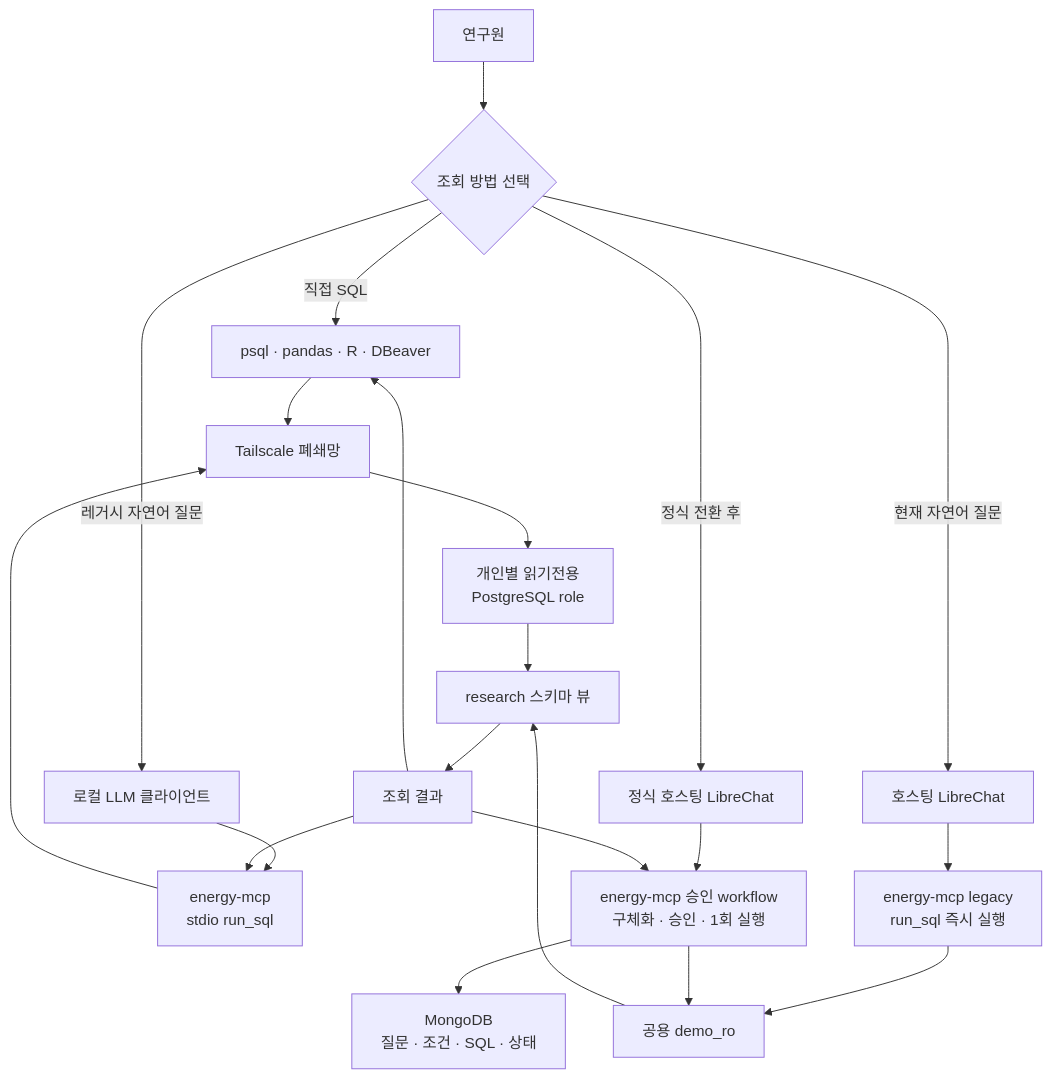
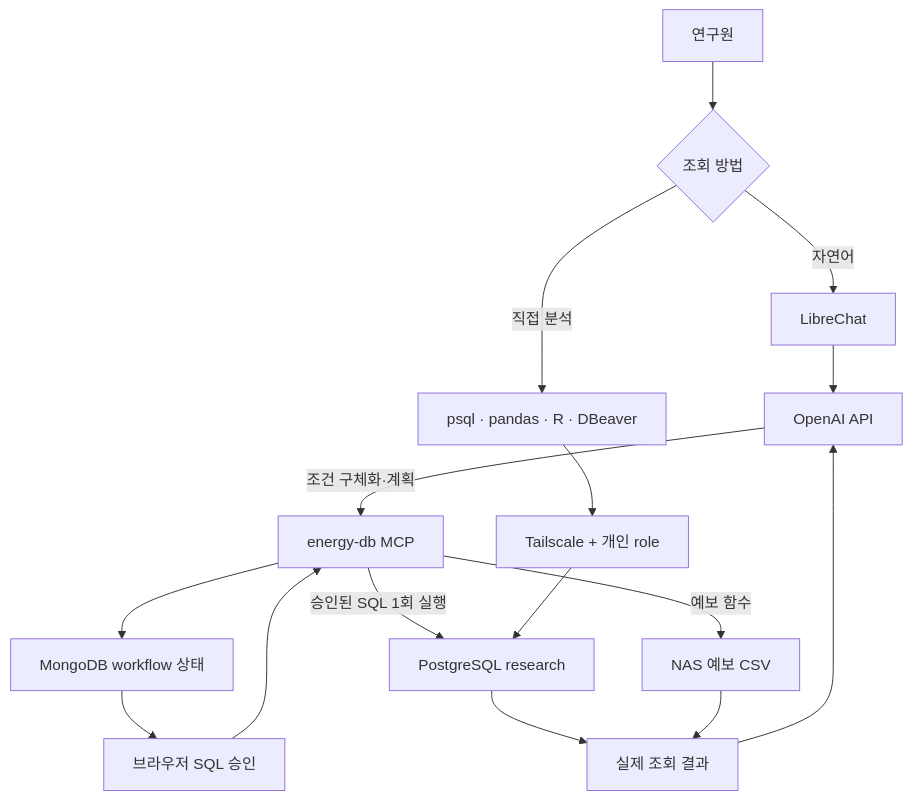
The diagram in docs/gitbook/01-architecture.md (zongseung/Energy-Data-pipeline), drawn with Mermaid before and after one commit. The commit also changed other lines of this file and 23 other files, not shown here.

Commit message:
Fix NAS forecast queries and activate LibreChat approval workflow

````diff
--- a/docs/gitbook/01-architecture.md
+++ b/docs/gitbook/01-architecture.md
@@ -8,27 +9,18 @@
 ```mermaid
 flowchart TB
-    U[연구원] --> C{조회 방법 선택}
-
-    C -->|직접 SQL| D[psql · pandas · R · DBeaver]
-    C -->|현재 자연어 질문| L[호스팅 LibreChat]
-    C -->|정식 전환 후| F[정식 호스팅 LibreChat]
-    C -->|레거시 자연어 질문| X[로컬 LLM 클라이언트]
-
-    D --> T[Tailscale 폐쇄망]
-    X --> M["energy-mcp<br/>stdio run_sql"]
-    M --> T
-    T --> P["개인별 읽기전용<br/>PostgreSQL role"]
-
-    L --> H["energy-mcp legacy<br/>run_sql 즉시 실행"]
-    F --> W["energy-mcp 승인 workflow<br/>구체화 · 승인 · 1회 실행"]
-    W --> Q["MongoDB<br/>질문 · 조건 · SQL · 상태"]
-    H --> G[공용 demo_ro]
-    W --> G[공용 demo_ro]
-
-    P --> V[research 스키마 뷰]
-    G --> V
-    V --> R[조회 결과]
-    R --> D
-    R --> M
-    R --> W
+    U[연구원] --> C{조회 방법}
+    C -->|자연어| L[LibreChat]
+    C -->|직접 분석| D[psql · pandas · R · DBeaver]
+    L --> O[OpenAI API]
+    O -->|조건 구체화·계획| M[energy-db MCP]
+    M --> W[MongoDB workflow 상태]
+    W --> A[브라우저 SQL 승인]
+    A --> M
+    M -->|승인된 SQL 1회 실행| P[PostgreSQL research]
+    M -->|예보 함수| N[NAS 예보 CSV]
+    P --> R[실제 조회 결과]
+    N --> R
+    R --> O
+    D --> T[Tailscale + 개인 role]
+    T --> P
 ```
````
